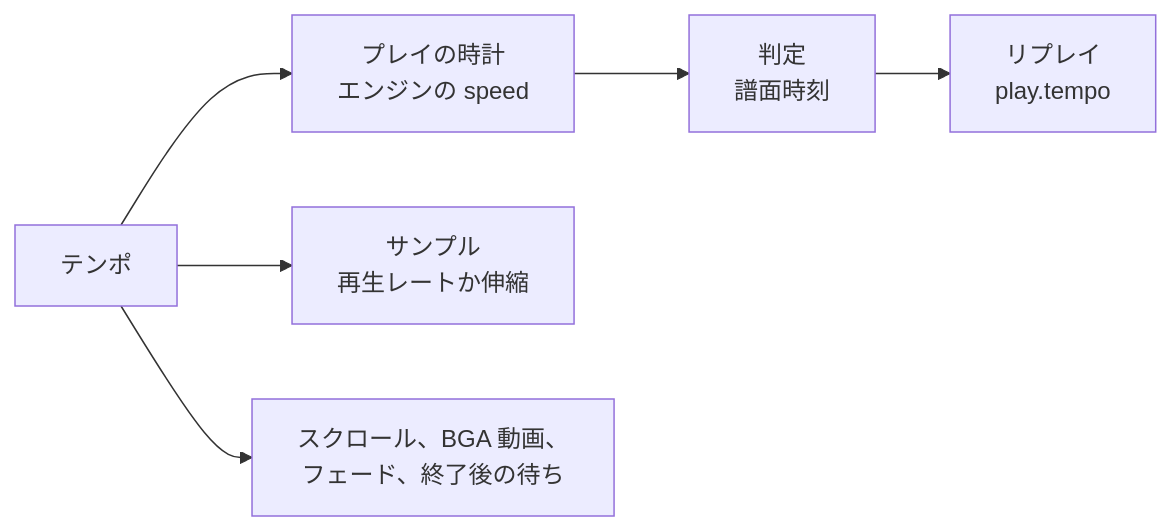
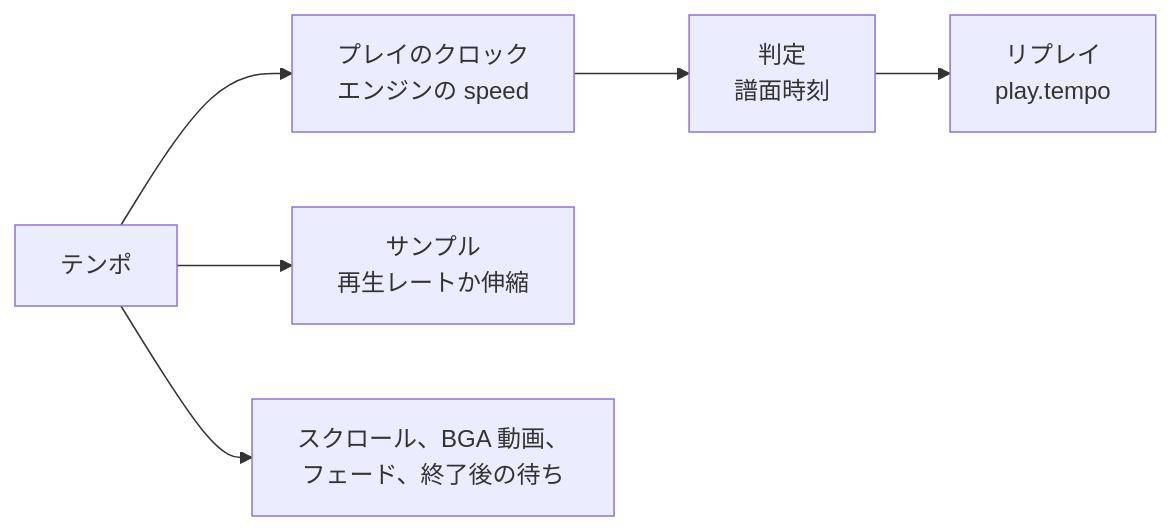
One commit to nulltask/be-music changed the first of 15 diagrams in docs/player-web.ja.md. Above: the diagram before and after it, drawn with Mermaid. The commit also changed other lines of this file and 26 other files, not shown here.

````diff
--- a/docs/player-web.ja.md
+++ b/docs/player-web.ja.md
@@ -105,8 +105,8 @@
 ```mermaid
 flowchart LR
-    T[テンポ] --> C[プレイの時計<br/>エンジンの speed]
+    T[テンポ] --> C[プレイのクロック<br/>エンジンの speed]
     T --> A[サンプル<br/>再生レートか伸縮]
     T --> V[スクロール、BGA 動画、<br/>フェード、終了後の待ち]
     C --> J[判定<br/>譜面時刻]
     J --> L[リプレイ<br/>play.tempo]
 ```
````
